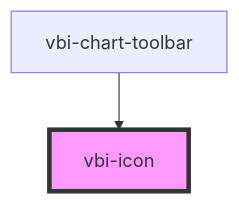
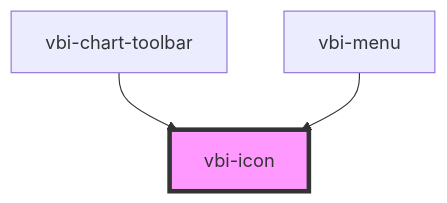
The diagram in packages/vbi-component/src/components/ui/vbi-icon/readme.md (Ditto190/VBI-modme), drawn with Mermaid before and after one commit. The commit also changed other lines of this file and 8 other files, not shown here.

Commit message:
feat(vbi-component): add vbi-menu component

````diff
--- a/packages/vbi-component/src/components/ui/vbi-icon/readme.md
+++ b/packages/vbi-component/src/components/ui/vbi-icon/readme.md
@@ -24,5 +25,6 @@
 ```mermaid
 graph TD;
   vbi-chart-toolbar --> vbi-icon
+  vbi-menu --> vbi-icon
   style vbi-icon fill:#f9f,stroke:#333,stroke-width:4px
 ```
````
